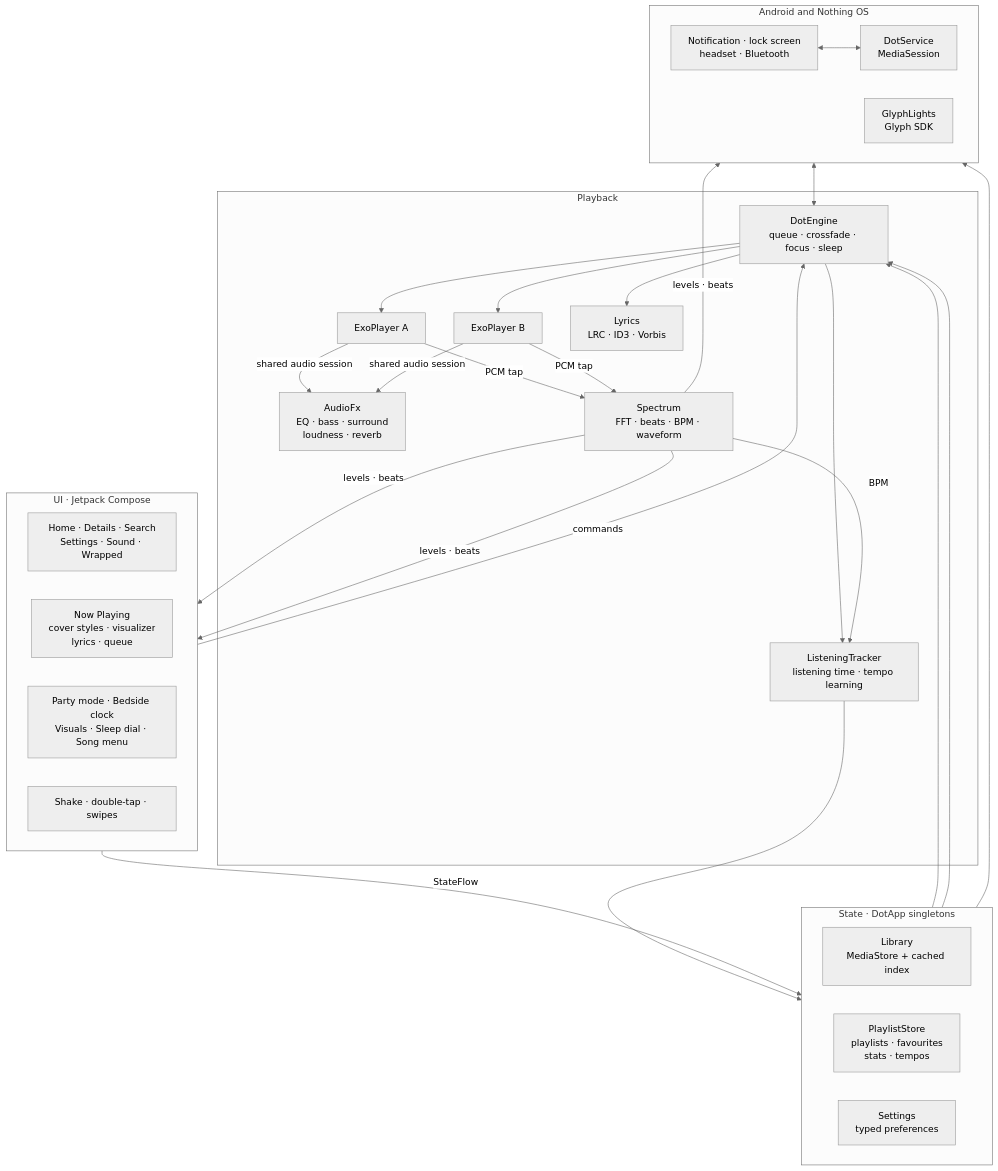
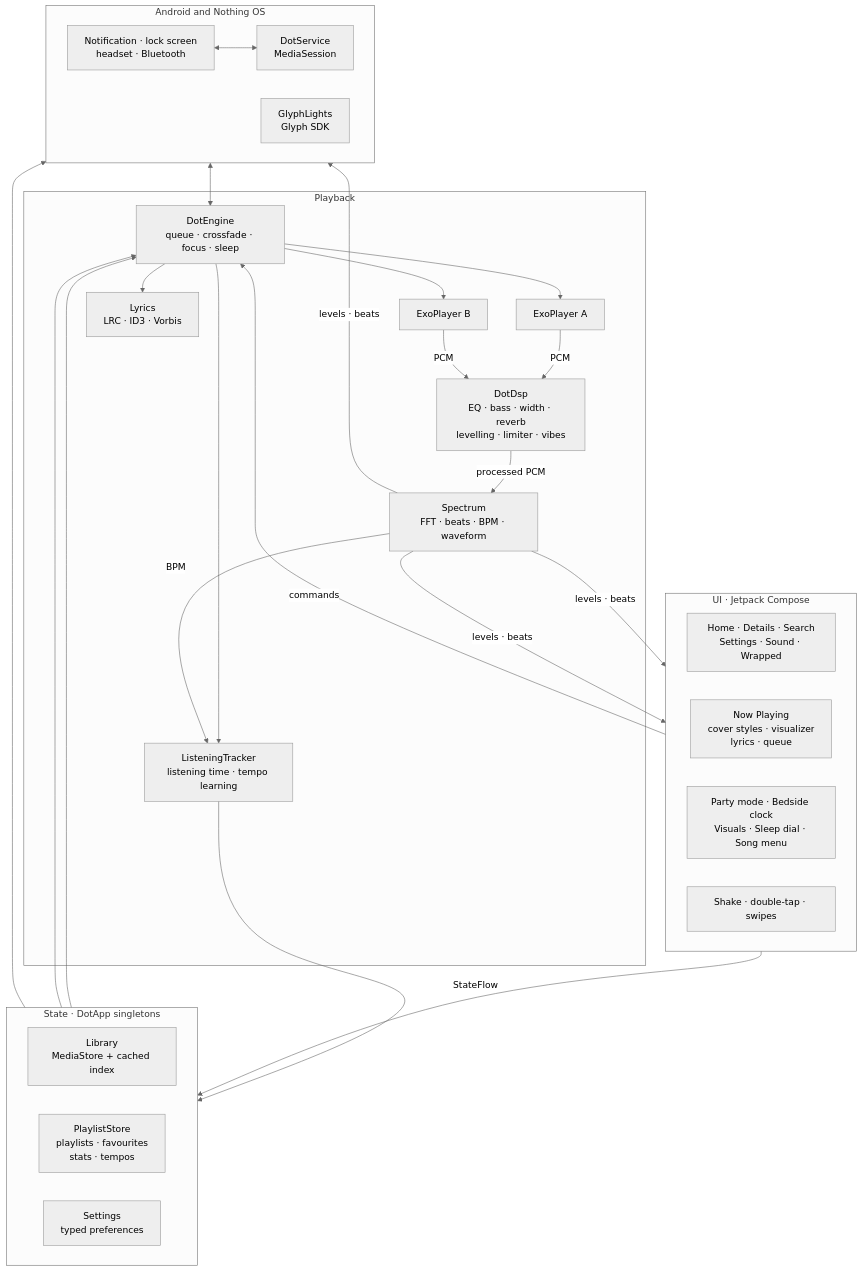
One commit to ShahadatTest/dot changed the first of 6 diagrams in README.md. Above: the diagram before and after it, drawn with Mermaid (neutral theme). The commit also changed other lines of this file, not shown here.

Commit message:
document the new sound engine and vibes

````diff
--- a/README.md
+++ b/README.md
@@ -162,48 +165,47 @@
 ```mermaid
 flowchart TB
     subgraph UI["UI · Jetpack Compose"]
         direction LR
         Screens["Home · Details · Search<br/>Settings · Sound · Wrapped"]
         NP["Now Playing<br/>cover styles · visualizer<br/>lyrics · queue"]
         Overlays["Party mode · Bedside clock<br/>Visuals · Sleep dial · Song menu"]
         Gestures["Shake · double-tap · swipes"]
     end
 
     subgraph Core["State · DotApp singletons"]
         direction LR
         Library["Library<br/>MediaStore + cached index"]
         Store["PlaylistStore<br/>playlists · favourites<br/>stats · tempos"]
         Prefs["Settings<br/>typed preferences"]
     end
 
     subgraph Playback["Playback"]
         Engine["DotEngine<br/>queue · crossfade · focus · sleep"]
         Tracker["ListeningTracker<br/>listening time · tempo learning"]
         P1["ExoPlayer A"]
         P2["ExoPlayer B"]
-        Fx["AudioFx<br/>EQ · bass · surround<br/>loudness · reverb"]
+        Fx["DotDsp<br/>EQ · bass · width · reverb<br/>levelling · limiter · vibes"]
         Spec["Spectrum<br/>FFT · beats · BPM · waveform"]
         Lyrics["Lyrics<br/>LRC · ID3 · Vorbis"]
     end
 
     subgraph System["Android and Nothing OS"]
         direction LR
         Service["DotService<br/>MediaSession"]
         Glyph["GlyphLights<br/>Glyph SDK"]
         Media["Notification · lock screen<br/>headset · Bluetooth"]
     end
 
     UI -- "StateFlow" --> Core
     UI -- "commands" --> Engine
     Library --> Engine
     Prefs --> Engine & Glyph
     Engine --> P1 & P2
     Engine --> Tracker --> Store
     Engine --> Lyrics
-    P1 & P2 -- "shared audio session" --> Fx
-    P1 & P2 -- "PCM tap" --> Spec
+    P1 & P2 -- "PCM" --> Fx -- "processed PCM" --> Spec
     Spec -- "levels · beats" --> NP & Overlays & Glyph
     Spec -- "BPM" --> Tracker
     Service <--> Engine
     Media <--> Service
 ```
````
